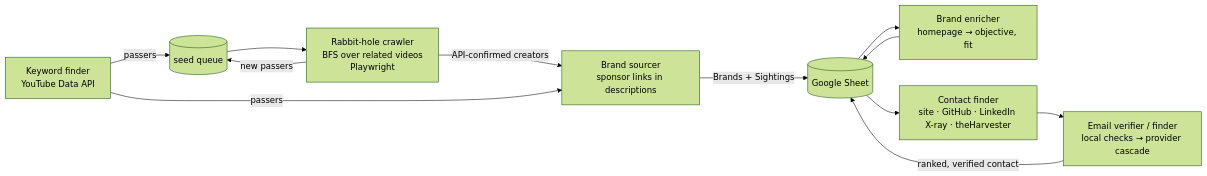
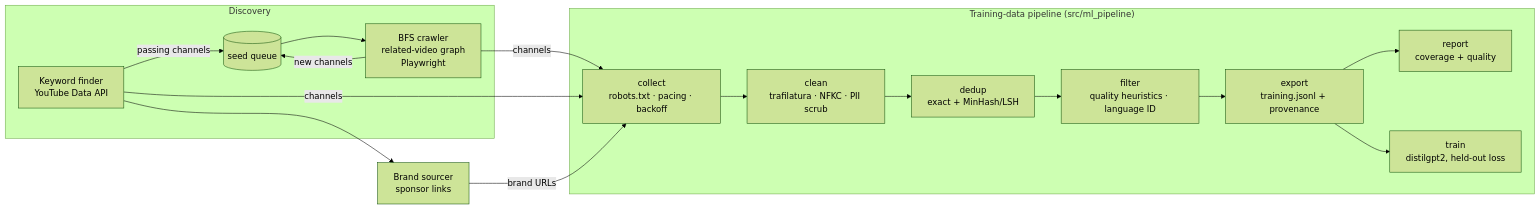
Before and after one commit to mbader099/youtube-creator-crawler: the diagram in README.md, drawn with Mermaid (forest theme). The commit also changed other lines of this file, not shown here.

Commit message:
Reframe README around crawling + training-data pipeline; add results and scaling notes

````diff
--- a/README.md
+++ b/README.md
@@ -49,14 +77,20 @@
 ```mermaid
 flowchart LR
-    A[Keyword finder<br/>YouTube Data API] -->|passers| Q[(seed queue)]
-    Q --> B[Rabbit-hole crawler<br/>BFS over related videos<br/>Playwright]
-    B -->|API-confirmed creators| S[Brand sourcer<br/>sponsor links in descriptions]
-    A -->|passers| S
-    B -->|new passers| Q
-    S -->|Brands + Sightings| G[(Google Sheet)]
-    G --> E[Brand enricher<br/>homepage → objective, fit]
-    E --> G
-    G --> C[Contact finder<br/>site · GitHub · LinkedIn X-ray · theHarvester]
-    C --> V[Email verifier / finder<br/>local checks → provider cascade]
-    V -->|ranked, verified contact| G
+    subgraph Discovery
+        A["Keyword finder<br/>YouTube Data API"] -->|passing channels| Q[("seed queue")]
+        Q --> B["BFS crawler<br/>related-video graph<br/>Playwright"]
+        B -->|new channels| Q
+    end
+    subgraph "Training-data pipeline (src/ml_pipeline)"
+        C["collect<br/>robots.txt · pacing · backoff"] --> CL["clean<br/>trafilatura · NFKC · PII scrub"]
+        CL --> D["dedup<br/>exact + MinHash/LSH"]
+        D --> F["filter<br/>quality heuristics · language ID"]
+        F --> X["export<br/>training.jsonl + provenance"]
+        X --> R["report<br/>coverage + quality"]
+        X --> T["train<br/>distilgpt2, held-out loss"]
+    end
+    B -->|channels| C
+    A -->|channels| C
+    S["Brand sourcer<br/>sponsor links"] -->|brand URLs| C
+    A --> S
 ```
````
